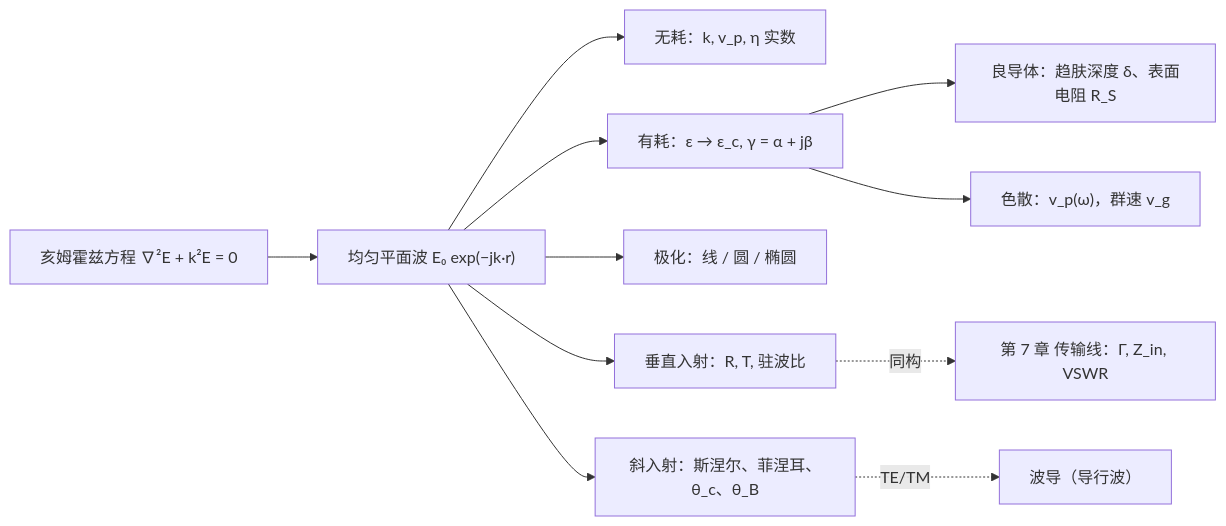
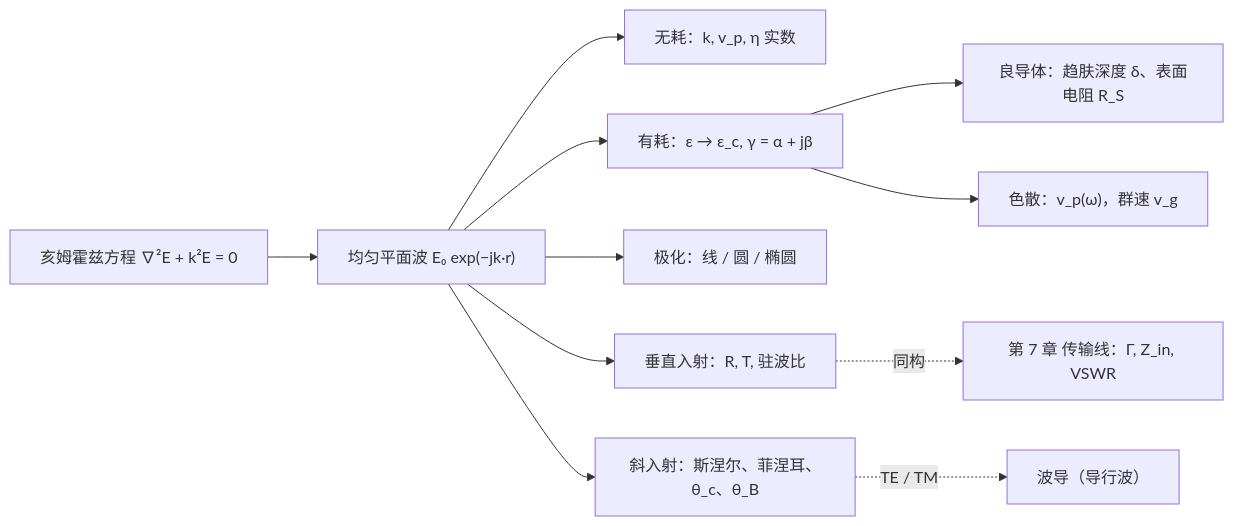
The diagram in docs/ch6.md (cockroach-f/em-fields-waves), drawn with Mermaid before and after one commit. The commit also changed other lines of this file and 4 other files, not shown here.

Commit message:
勘误：双线外自感改为 (μ/π)ln(D/a) 并补严格式；介质衰减用 λ₀；群速表述；练习 9 叉乘顺序；练习 10-1 中间量精度；场-路类比的 z 约定；Mermaid 边标签加引号、第 10 章归纳图单位与分母

````diff
--- a/docs/ch6.md
+++ b/docs/ch6.md
@@ -457,13 +457,13 @@
 ```mermaid
 flowchart LR
     H["亥姆霍兹方程 ∇²E + k²E = 0"] --> PW["均匀平面波 E₀ exp(−jk·r)"]
     PW --> L["无耗：k, v_p, η 实数"]
     PW --> C["有耗：ε → ε_c, γ = α + jβ"]
     C --> SK["良导体：趋肤深度 δ、表面电阻 R_S"]
     C --> DS["色散：v_p(ω)，群速 v_g"]
     PW --> POL["极化：线 / 圆 / 椭圆"]
     PW --> N["垂直入射：R, T, 驻波比"]
     PW --> O["斜入射：斯涅尔、菲涅耳、θ_c、θ_B"]
-    N -.同构.-> TL["第 7 章 传输线：Γ, Z_in, VSWR"]
-    O -.TE/TM.-> WG["波导（导行波）"]
+    N -.->|"同构"| TL["第 7 章 传输线：Γ, Z_in, VSWR"]
+    O -.->|"TE / TM"| WG["波导（导行波）"]
 ```
````
